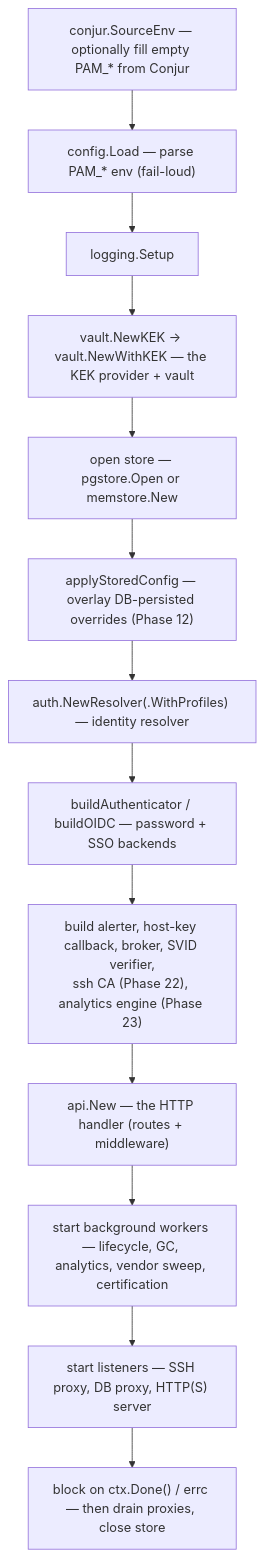
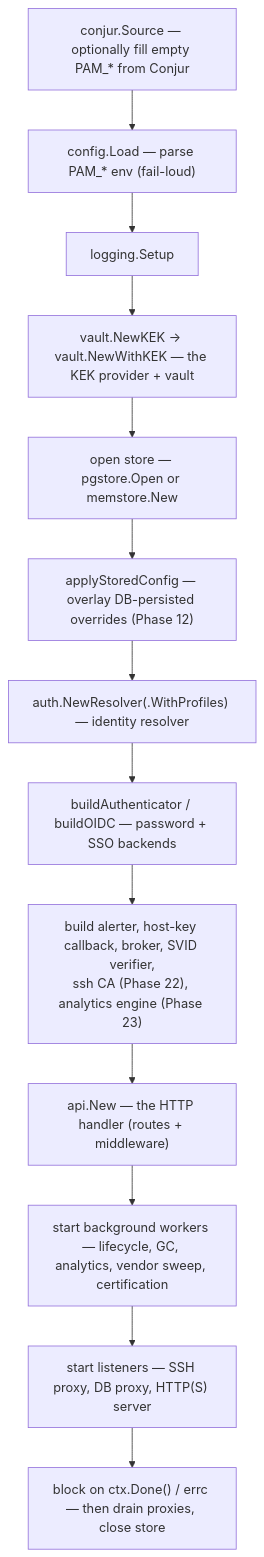
The second of 7 diagrams in docs/CODE-GUIDE.md (morandeirachema/PAMv1), drawn with Mermaid before and after one commit. The commit also changed other lines of this file and 25 other files, not shown here.

````diff
--- a/docs/CODE-GUIDE.md
+++ b/docs/CODE-GUIDE.md
@@ -208,15 +208,15 @@
 ```mermaid
 flowchart TD
-  A["conjur.SourceEnv — optionally fill empty PAM_* from Conjur"] --> B["config.Load — parse PAM_* env (fail-loud)"]
+  A["conjur.Source — optionally fill empty PAM_* from Conjur"] --> B["config.Load — parse PAM_* env (fail-loud)"]
   B --> C["logging.Setup"]
   C --> D["vault.NewKEK → vault.NewWithKEK — the KEK provider + vault"]
   D --> E["open store — pgstore.Open or memstore.New"]
   E --> F["applyStoredConfig — overlay DB-persisted overrides (Phase 12)"]
   F --> G["auth.NewResolver(.WithProfiles) — identity resolver"]
   G --> H["buildAuthenticator / buildOIDC — password + SSO backends"]
   H --> I["build alerter, host-key callback, broker, SVID verifier,<br/>ssh CA (Phase 22), analytics engine (Phase 23)"]
   I --> J["api.New — the HTTP handler (routes + middleware)"]
   J --> K["start background workers — lifecycle, GC, analytics, vendor sweep, certification"]
   K --> L["start listeners — SSH proxy, DB proxy, HTTP(S) server"]
   L --> M["block on ctx.Done() / errc — then drain proxies, close store"]
 ```
````
